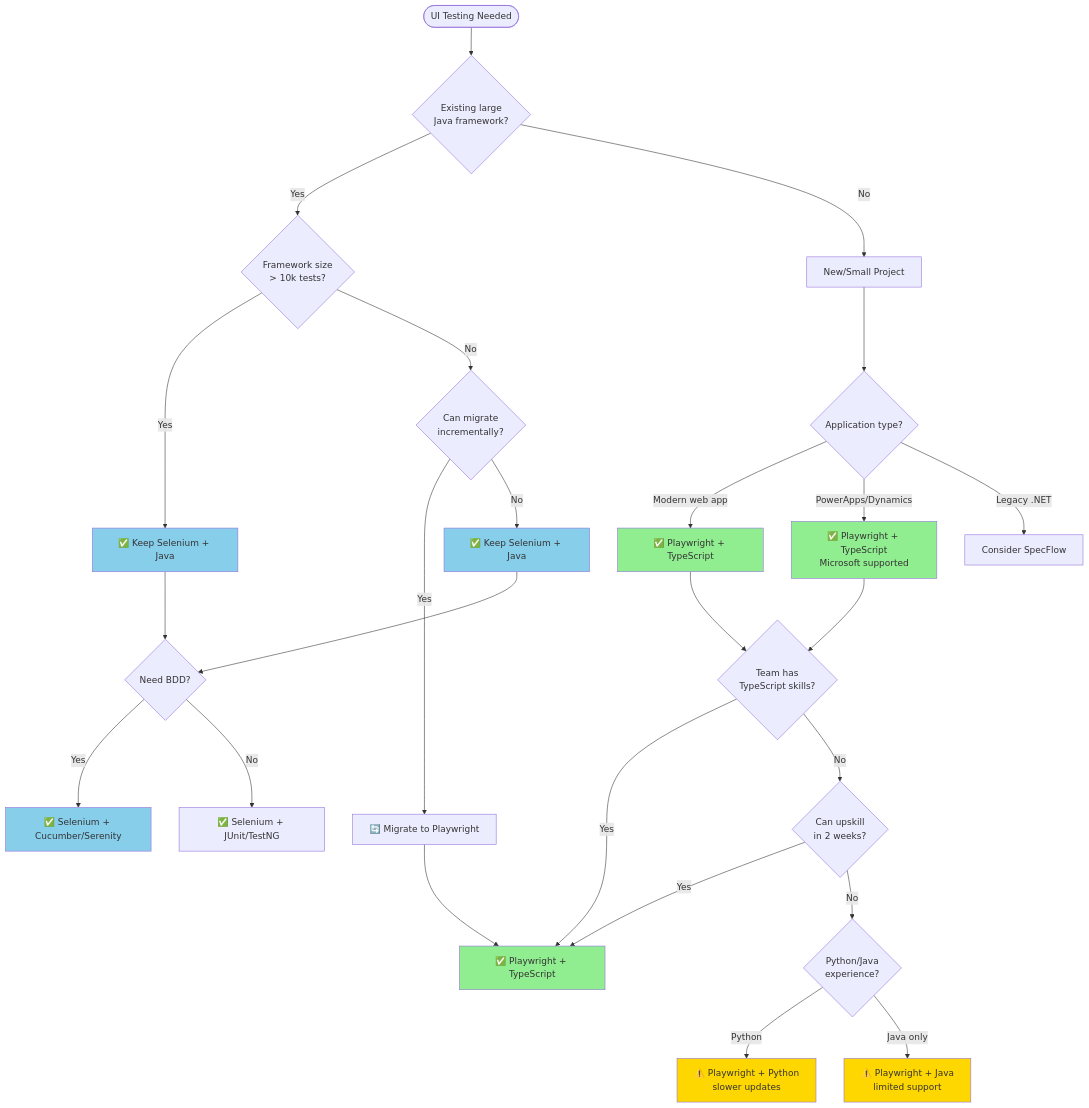
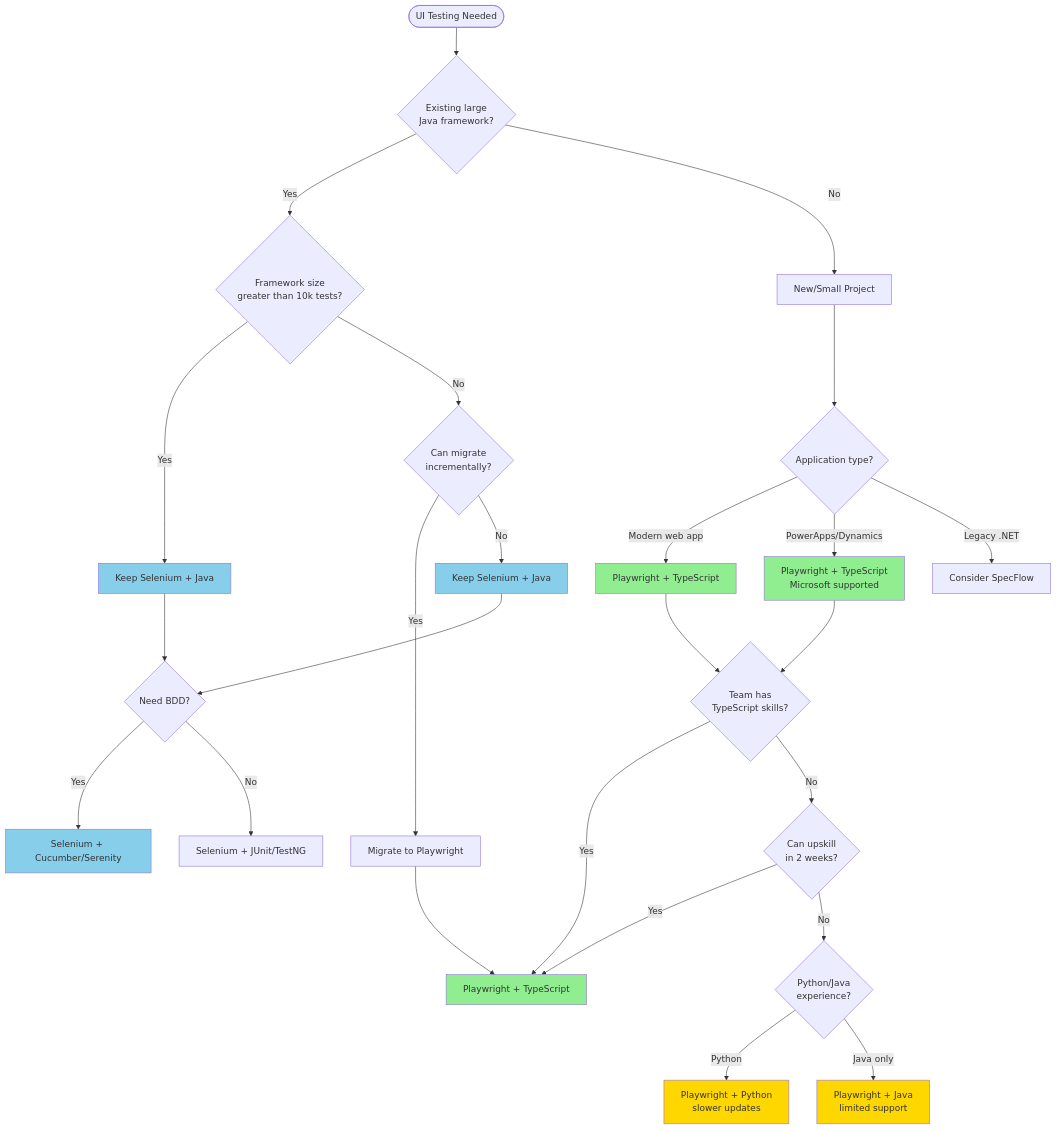
The diagram in docs/getting-started/ui-testing-decision.md (JeevanDamalcheruvuHO/qe-guild), drawn with Mermaid before and after one commit. The commit also changed other lines of this file and 15 other files, not shown here.

````diff
--- a/docs/getting-started/ui-testing-decision.md
+++ b/docs/getting-started/ui-testing-decision.md
@@ -7,48 +7,48 @@
 ```mermaid
-flowchart TD
+graph TD
     Start([UI Testing Needed]) --> Legacy{Existing large<br/>Java framework?}
     
-    Legacy -->|Yes| JavaSize{Framework size<br/>> 10k tests?}
+    Legacy -->|Yes| JavaSize{Framework size<br/>greater than 10k tests?}
     Legacy -->|No| NewProject[New/Small Project]
     
-    JavaSize -->|Yes| KeepSelenium[✅ Keep Selenium + Java]
+    JavaSize -->|Yes| KeepSelenium[Keep Selenium + Java]
     JavaSize -->|No| EvaluateMigration{Can migrate<br/>incrementally?}
     
-    EvaluateMigration -->|Yes| MigratePlaywright[🔄 Migrate to Playwright]
-    EvaluateMigration -->|No| KeepSelenium2[✅ Keep Selenium + Java]
+    EvaluateMigration -->|Yes| MigratePlaywright[Migrate to Playwright]
+    EvaluateMigration -->|No| KeepSelenium2[Keep Selenium + Java]
     
     NewProject --> WebType{Application type?}
     
-    WebType -->|Modern web app| Playwright[✅ Playwright + TypeScript]
-    WebType -->|PowerApps/Dynamics| Playwright2[✅ Playwright + TypeScript<br/>Microsoft supported]
+    WebType -->|Modern web app| Playwright[Playwright + TypeScript]
+    WebType -->|PowerApps/Dynamics| Playwright2[Playwright + TypeScript<br/>Microsoft supported]
     WebType -->|Legacy .NET| SpecFlow[Consider SpecFlow]
     
     KeepSelenium --> AddBDD{Need BDD?}
     KeepSelenium2 --> AddBDD
     
-    AddBDD -->|Yes| UseCucumber[✅ Selenium + Cucumber/Serenity]
-    AddBDD -->|No| UseJUnit[✅ Selenium + JUnit/TestNG]
+    AddBDD -->|Yes| UseCucumber[Selenium + Cucumber/Serenity]
+    AddBDD -->|No| UseJUnit[Selenium + JUnit/TestNG]
     
     Playwright --> CheckSkills{Team has<br/>TypeScript skills?}
     Playwright2 --> CheckSkills
     
-    CheckSkills -->|Yes| PlaywrightTS[✅ Playwright + TypeScript]
+    CheckSkills -->|Yes| PlaywrightTS[Playwright + TypeScript]
     CheckSkills -->|No| Training{Can upskill<br/>in 2 weeks?}
     
     Training -->|Yes| PlaywrightTS
     Training -->|No| FallbackOption{Python/Java<br/>experience?}
     
-    FallbackOption -->|Python| PlaywrightPy[⚠️ Playwright + Python<br/>slower updates]
-    FallbackOption -->|Java only| PlaywrightJava[⚠️ Playwright + Java<br/>limited support]
+    FallbackOption -->|Python| PlaywrightPy[Playwright + Python<br/>slower updates]
+    FallbackOption -->|Java only| PlaywrightJava[Playwright + Java<br/>limited support]
     
     MigratePlaywright --> PlaywrightTS
     
     style Playwright fill:#90EE90
     style Playwright2 fill:#90EE90
     style PlaywrightTS fill:#90EE90
     style KeepSelenium fill:#87CEEB
     style KeepSelenium2 fill:#87CEEB
     style UseCucumber fill:#87CEEB
     style PlaywrightPy fill:#FFD700
     style PlaywrightJava fill:#FFD700
 ```
````
